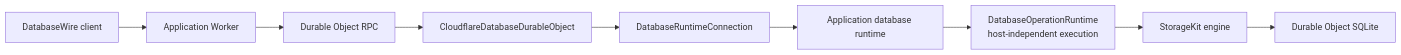
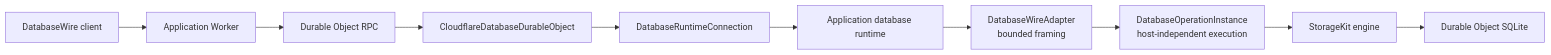
The first of 3 diagrams in README.md (1amageek/database-framework-cloudflare), drawn with Mermaid before and after one commit. The commit also changed other lines of this file and 45 other files, not shown here.

Commit message:
Adopt split database operation runtime

````diff
--- a/README.md
+++ b/README.md
@@ -12,11 +12,12 @@
 ```mermaid
 flowchart LR
   Client["DatabaseWire client"] --> Worker["Application Worker"]
   Worker --> RPC["Durable Object RPC"]
   RPC --> DO["CloudflareDatabaseDurableObject"]
   DO --> Connection["DatabaseRuntimeConnection"]
   Connection --> Runtime["Application database runtime"]
-  Runtime --> Operations["DatabaseOperationRuntime<br/>host-independent execution"]
+  Runtime --> Adapter["DatabaseWireAdapter<br/>bounded framing"]
+  Adapter --> Operations["DatabaseOperationInstance<br/>host-independent execution"]
   Operations --> Storage["StorageKit engine"]
   Storage --> SQLite["Durable Object SQLite"]
 ```
````
